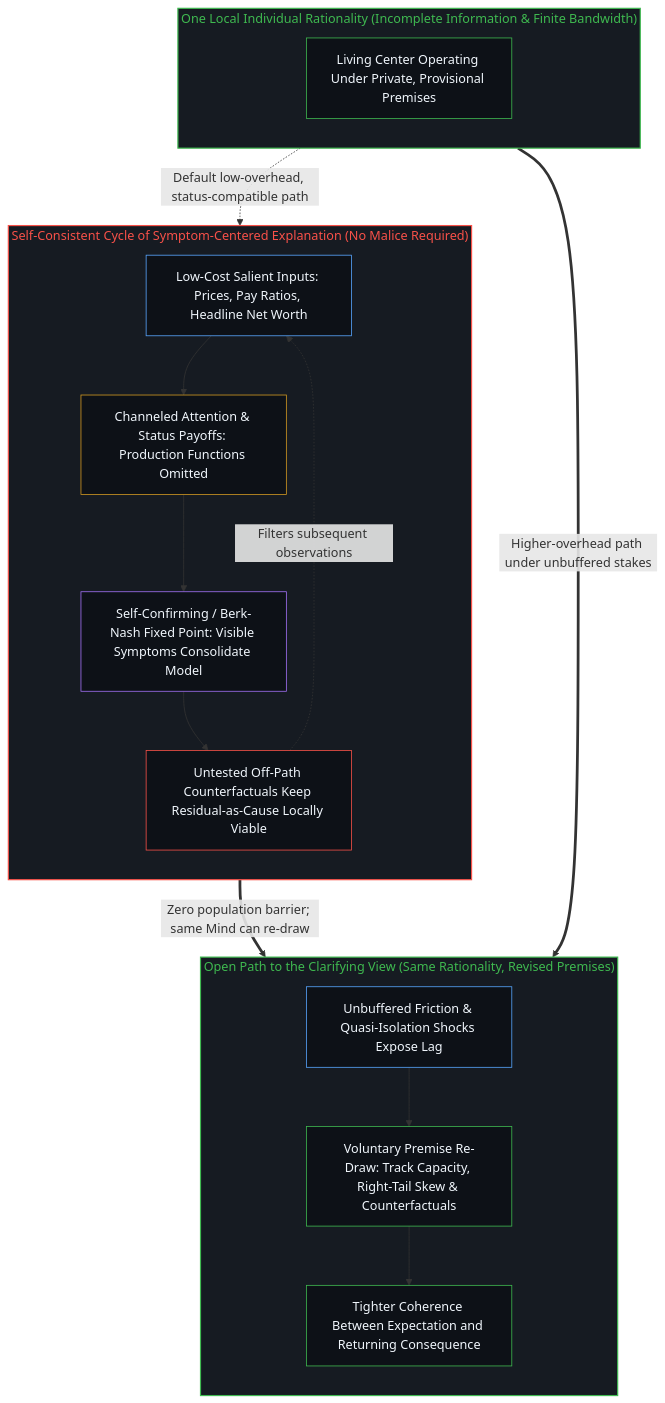
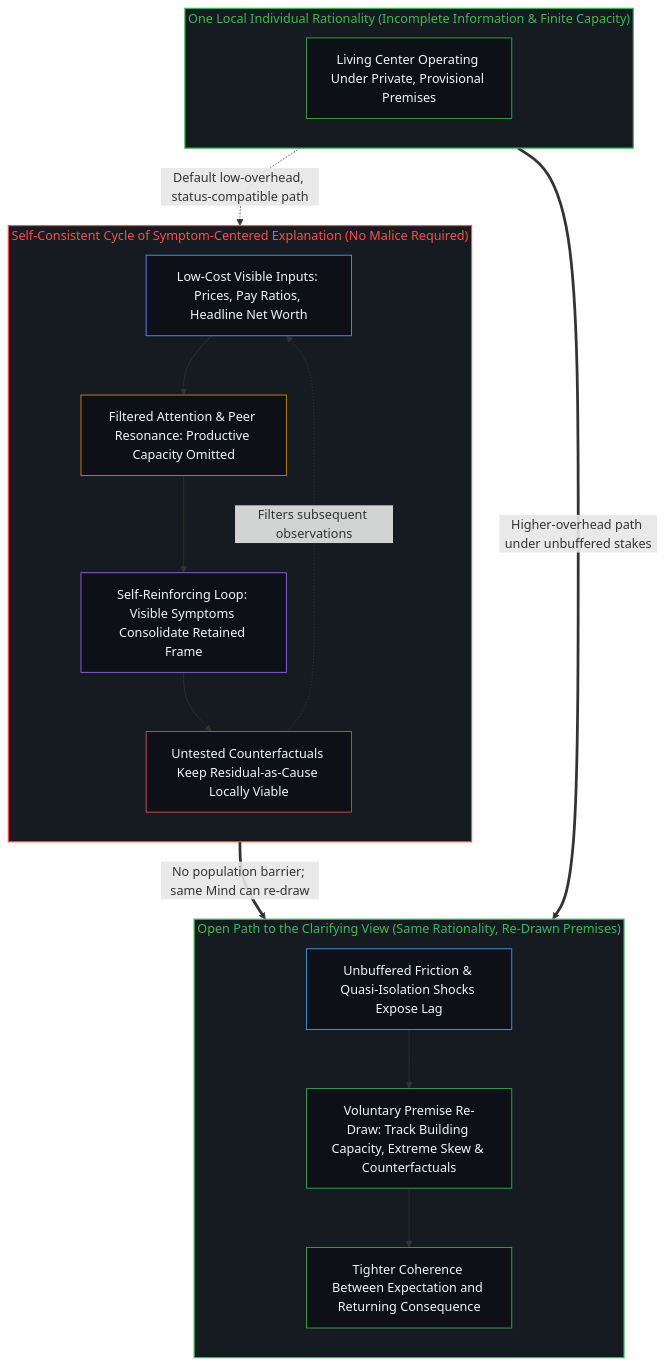
One commit to powerpig99/not-a-toe changed the fourth of 4 diagrams in content/posts/the-builders-absence-and-the-self-consistent-cycle-of-explanation.md. Above: the diagram before and after it, drawn with Mermaid. The commit also changed other lines of this file and 2 other files, not shown here.

Commit message:
Refine Post #469: Prune dilutive external citations to keep irreducible prior central

````diff
--- a/content/posts/the-builders-absence-and-the-self-consistent-cycle-of-explanation.md
+++ b/content/posts/the-builders-absence-and-the-self-consistent-cycle-of-explanation.md
@@ -159,37 +159,37 @@
 ```mermaid
 flowchart TD
-    subgraph S_Shared["One Local Individual Rationality (Incomplete Information & Finite Bandwidth)"]
+    subgraph S_Shared["One Local Individual Rationality (Incomplete Information & Finite Capacity)"]
         direction TB
         L0["Living Center Operating Under Private, Provisional Premises"]
     end
     subgraph S_Cycle["Self-Consistent Cycle of Symptom-Centered Explanation (No Malice Required)"]
         direction TB
-        C1["Low-Cost Salient Inputs: Prices, Pay Ratios, Headline Net Worth"]
-        C2["Channeled Attention & Status Payoffs: Production Functions Omitted"]
-        C3["Self-Confirming / Berk-Nash Fixed Point: Visible Symptoms Consolidate Model"]
-        C4["Untested Off-Path Counterfactuals Keep Residual-as-Cause Locally Viable"]
+        C1["Low-Cost Visible Inputs: Prices, Pay Ratios, Headline Net Worth"]
+        C2["Filtered Attention & Peer Resonance: Productive Capacity Omitted"]
+        C3["Self-Reinforcing Loop: Visible Symptoms Consolidate Retained Frame"]
+        C4["Untested Counterfactuals Keep Residual-as-Cause Locally Viable"]
         C1 --> C2 --> C3 --> C4
         C4 -.->|"Filters subsequent observations"| C1
     end
-    subgraph S_Open["Open Path to the Clarifying View (Same Rationality, Revised Premises)"]
+    subgraph S_Open["Open Path to the Clarifying View (Same Rationality, Re-Drawn Premises)"]
         direction TB
         O1["Unbuffered Friction & Quasi-Isolation Shocks Expose Lag"]
-        O2["Voluntary Premise Re-Draw: Track Capacity, Right-Tail Skew & Counterfactuals"]
+        O2["Voluntary Premise Re-Draw: Track Building Capacity, Extreme Skew & Counterfactuals"]
         O3["Tighter Coherence Between Expectation and Returning Consequence"]
         O1 --> O2 --> O3
     end
     L0 -.->|"Default low-overhead, status-compatible path"| C1
     L0 ==>|"Higher-overhead path under unbuffered stakes"| O1
-    C4 ==>|"Zero population barrier; same Mind can re-draw"| O1
+    C4 ==>|"No population barrier; same Mind can re-draw"| O1
     style S_Shared fill:#161b22,stroke:#3fb950,stroke-width:1.5px,color:#3fb950
     style S_Cycle fill:#161b22,stroke:#f85149,stroke-width:1.5px,color:#f85149
     style S_Open fill:#161b22,stroke:#3fb950,stroke-width:1.5px,color:#3fb950
     style L0 fill:#0d1117,stroke:#3fb950,stroke-width:1px,color:#f0f6fc
     style C1 fill:#0d1117,stroke:#58a6ff,stroke-width:1px,color:#f0f6fc
     style C2 fill:#0d1117,stroke:#d29922,stroke-width:1px,color:#f0f6fc
     style C3 fill:#0d1117,stroke:#a371f7,stroke-width:1px,color:#f0f6fc
     style C4 fill:#0d1117,stroke:#f85149,stroke-width:1px,color:#f0f6fc
     style O1 fill:#0d1117,stroke:#58a6ff,stroke-width:1px,color:#f0f6fc
     style O2 fill:#0d1117,stroke:#3fb950,stroke-width:1px,color:#f0f6fc
     style O3 fill:#0d1117,stroke:#3fb950,stroke-width:1px,color:#f0f6fc
 ```
````
